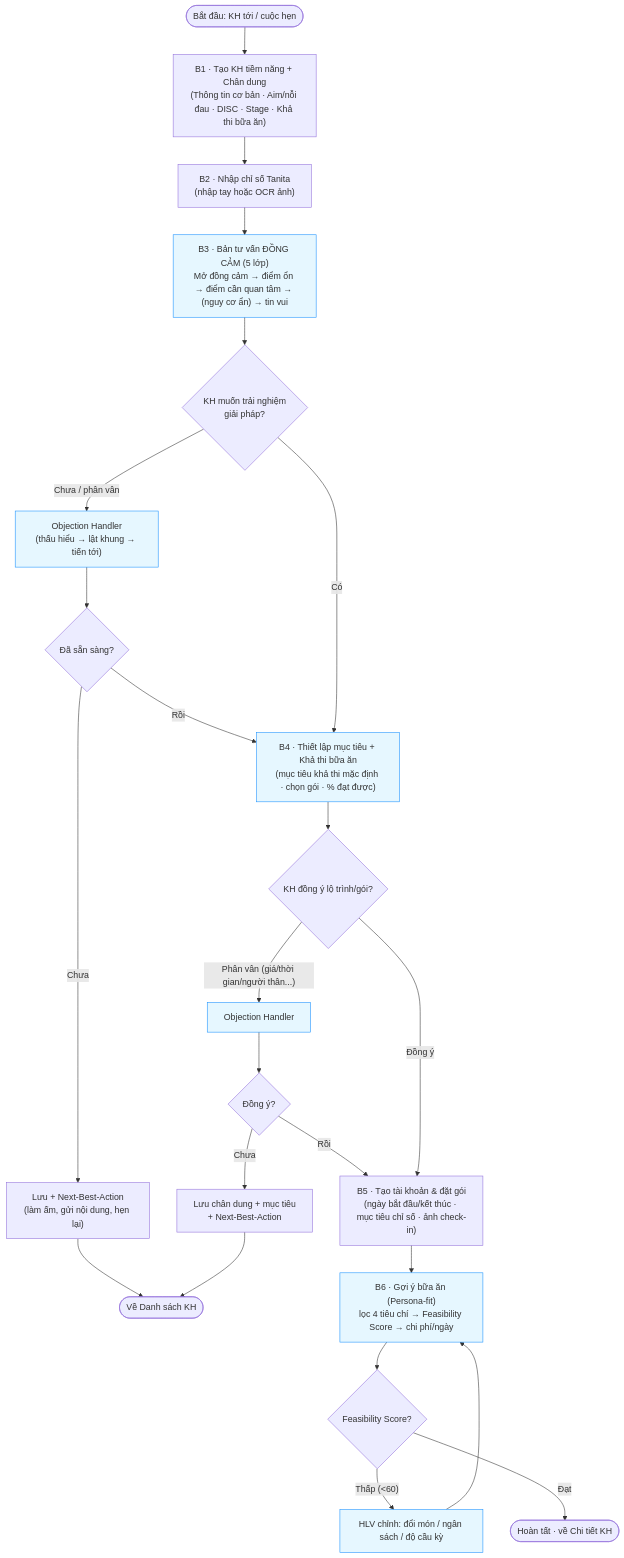
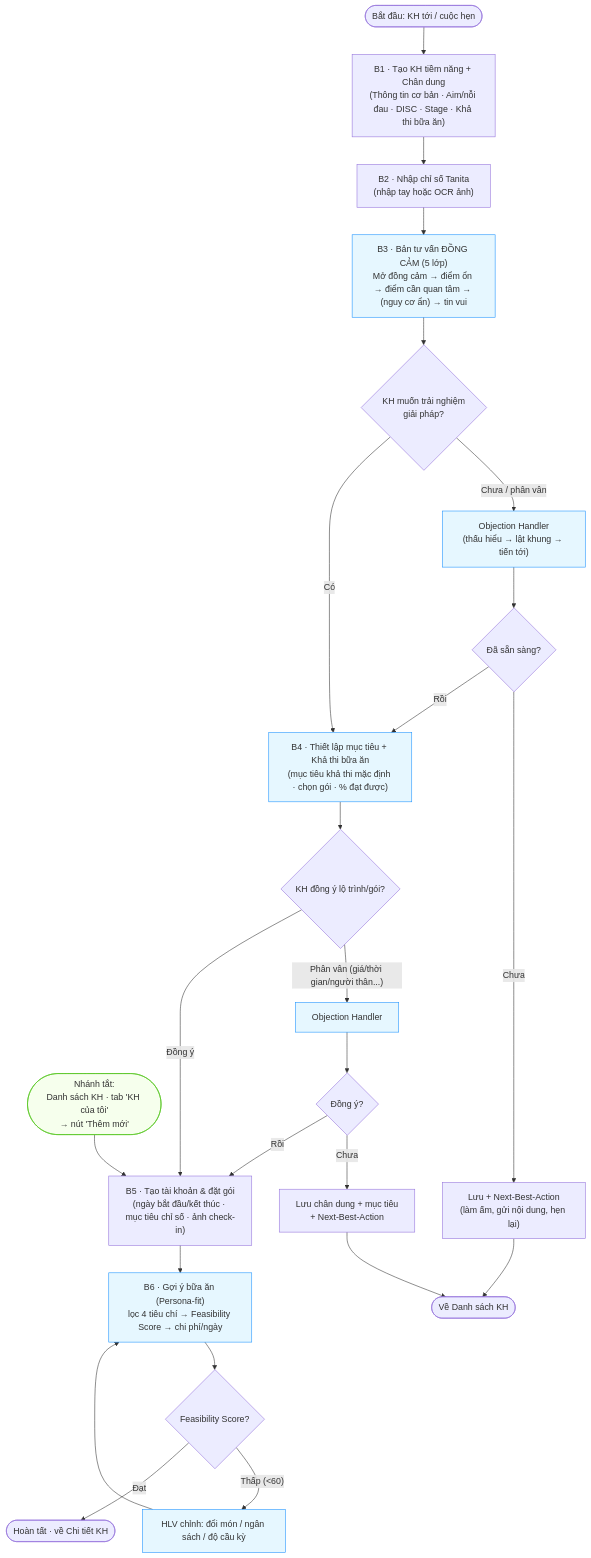
Before and after one commit to cuongpt083/ancare-enhancement: the diagram in docs/to-be/Workflow-HLV_v1.1-draft.md, drawn with Mermaid. The commit also changed other lines of this file and 13 other files, not shown here.

````diff
--- a/docs/to-be/Workflow-HLV_v1.1-draft.md
+++ b/docs/to-be/Workflow-HLV_v1.1-draft.md
@@ -17,32 +17,35 @@
 ```mermaid
 graph TD
     START([Bắt đầu: KH tới / cuộc hẹn]) --> S1
+    SHORTCUT(["Nhánh tắt:<br/>Danh sách KH · tab 'KH của tôi'<br/>→ nút 'Thêm mới'"]) --> S5
 
     S1["B1 · Tạo KH tiềm năng + Chân dung<br/>(Thông tin cơ bản · Aim/nỗi đau · DISC · Stage · Khả thi bữa ăn)"]
     S1 --> S2["B2 · Nhập chỉ số Tanita<br/>(nhập tay hoặc OCR ảnh)"]
     S2 --> S3["B3 · Bản tư vấn ĐỒNG CẢM (5 lớp)<br/>Mở đồng cảm → điểm ổn → điểm cần quan tâm → (nguy cơ ẩn) → tin vui"]
     S3 --> Q1{"KH muốn trải nghiệm<br/>giải pháp?"}
 
     Q1 -- "Chưa / phân vân" --> OH1["Objection Handler<br/>(thấu hiểu → lật khung → tiến tới)"]
     OH1 --> Q1b{"Đã sẵn sàng?"}
     Q1b -- "Chưa" --> SAVE1["Lưu + Next-Best-Action<br/>(làm ấm, gửi nội dung, hẹn lại)"] --> ENDLIST([Về Danh sách KH])
     Q1b -- "Rồi" --> S4
     Q1 -- "Có" --> S4
 
     S4["B4 · Thiết lập mục tiêu + Khả thi bữa ăn<br/>(mục tiêu khả thi mặc định · chọn gói · % đạt được)"]
     S4 --> Q2{"KH đồng ý lộ trình/gói?"}
     Q2 -- "Phân vân (giá/thời gian/người thân...)" --> OH2["Objection Handler"]
     OH2 --> Q2b{"Đồng ý?"}
     Q2b -- "Chưa" --> SAVE2["Lưu chân dung + mục tiêu<br/>+ Next-Best-Action"] --> ENDLIST
     Q2b -- "Rồi" --> S5
     Q2 -- "Đồng ý" --> S5
 
     S5["B5 · Tạo tài khoản & đặt gói<br/>(ngày bắt đầu/kết thúc · mục tiêu chỉ số · ảnh check-in)"]
     S5 --> S6["B6 · Gợi ý bữa ăn (Persona-fit)<br/>lọc 4 tiêu chí → Feasibility Score → chi phí/ngày"]
     S6 --> Q3{"Feasibility Score?"}
     Q3 -- "Thấp (<60)" --> ADJ["HLV chỉnh: đổi món / ngân sách / độ cầu kỳ"] --> S6
     Q3 -- "Đạt" --> END([Hoàn tất · về Chi tiết KH])
 
     classDef new fill:#e6f7ff,stroke:#1890ff;
+    classDef shortcut fill:#f6ffed,stroke:#52c41a;
     class S3,OH1,OH2,S4,S6,ADJ new;
+    class SHORTCUT shortcut;
 ```
````
